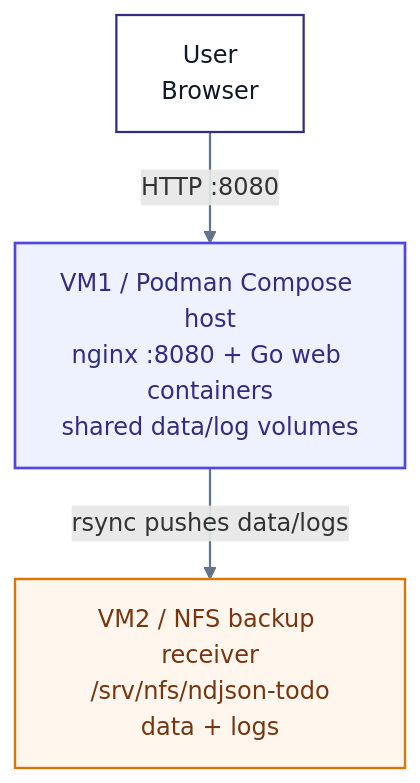
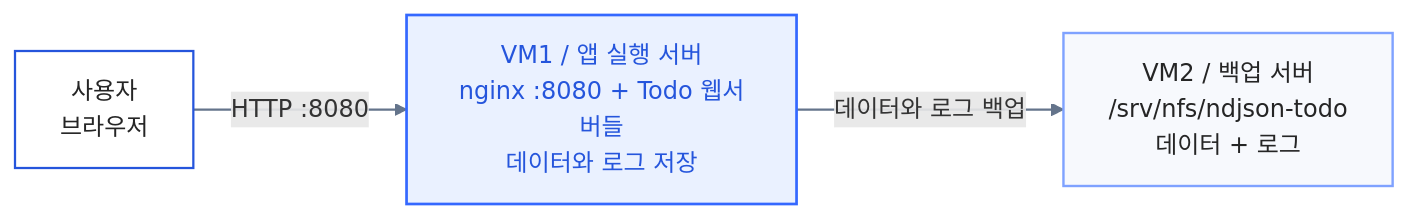
One commit to ev3rlit/ndjson-todo-lab changed the first of 2 diagrams in apps/slides/slides.md. Above: the diagram before and after it, drawn with Mermaid. The commit also changed other lines of this file and 22 other files, not shown here.

````diff
--- a/apps/slides/slides.md
+++ b/apps/slides/slides.md
@@ -62,19 +553,19 @@
 ```mermaid {scale: 0.82}
-flowchart TB
-    user["User<br/>Browser"]
-    vm1["VM1 / Podman Compose host<br/>nginx :8080 + Go web containers<br/>shared data/log volumes"]
-    vm2["VM2 / NFS backup receiver<br/>/srv/nfs/ndjson-todo<br/>data + logs"]
+flowchart LR
+    user["사용자<br/>브라우저"]
+    vm1["VM1 / 앱 실행 서버<br/>nginx :8080 + Todo 웹서버들<br/>데이터와 로그 저장"]
+    vm2["VM2 / 백업 서버<br/>/srv/nfs/ndjson-todo<br/>데이터 + 로그"]
 
     user -->|"HTTP :8080"| vm1
-    vm1 -->|"rsync pushes data/logs"| vm2
+    vm1 -->|"데이터와 로그 백업"| vm2
 
-    classDef actor fill:#ffffff,stroke:#312e81,stroke-width:1.5px,color:#111827;
-    classDef runtime fill:#eef2ff,stroke:#4f46e5,stroke-width:1.8px,color:#312e81;
-    classDef storage fill:#fff7ed,stroke:#d97706,stroke-width:1.6px,color:#78350f;
+    classDef actor fill:#ffffff,stroke:#2555dc,stroke-width:1.5px,color:#252525;
+    classDef runtime fill:#eaf1ff,stroke:#3468ff,stroke-width:1.8px,color:#2555dc;
+    classDef storage fill:#f7f9fd,stroke:#7fa2ff,stroke-width:1.6px,color:#252525;
 
     class user actor;
     class vm1 runtime;
     class vm2 storage;
 
     linkStyle default stroke:#64748b,stroke-width:1.5px;
 ```
````
